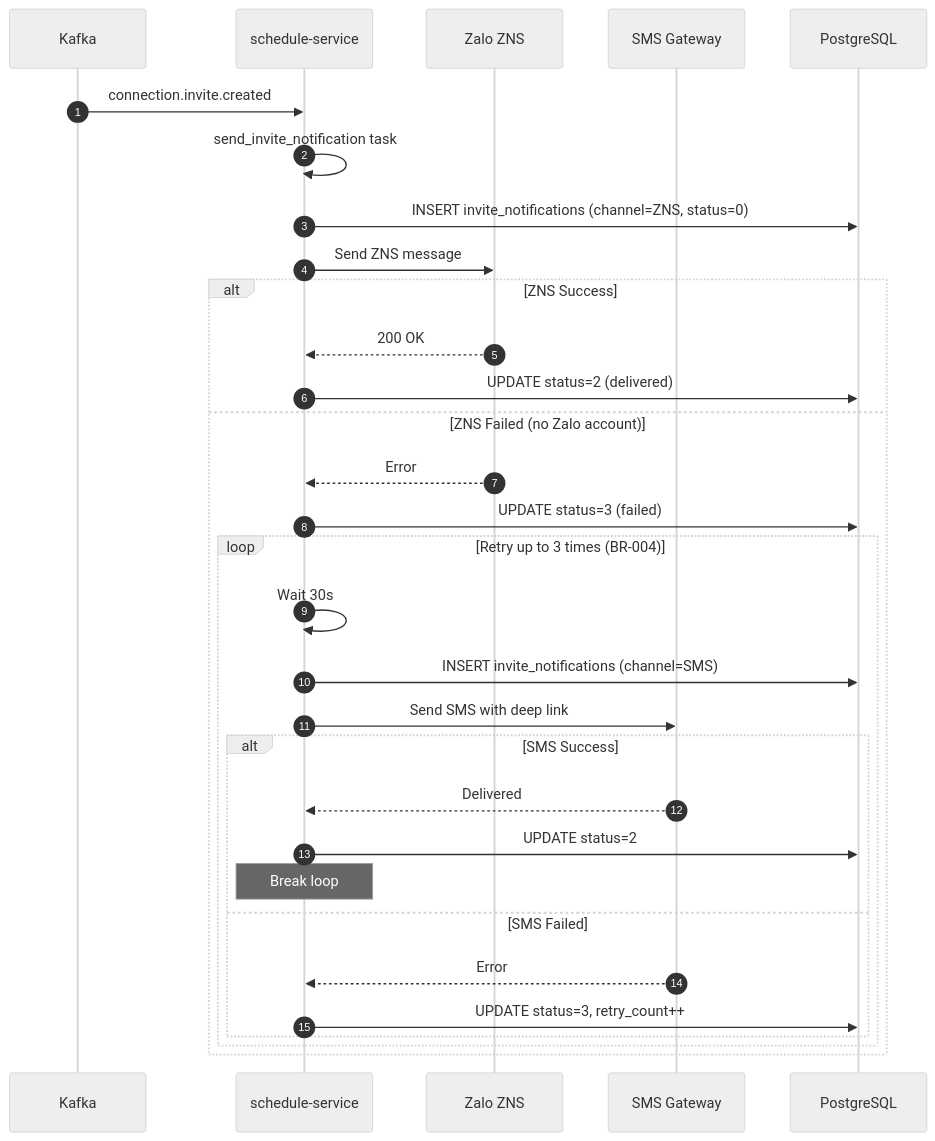
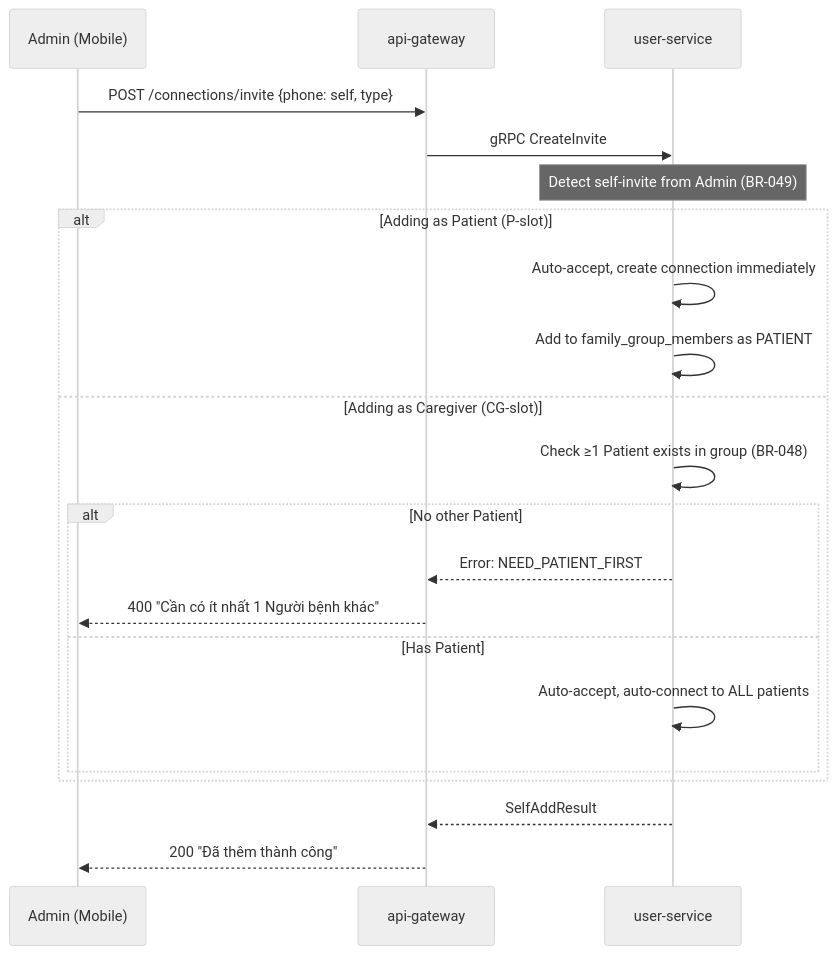
One commit to huynv-osp/kolia-huynv-local changed the eighth of 12 diagrams in nguoi_than/features/ket_noi_nguoi_than/02_planning/sequence-diagram.md. Above: the diagram before and after it, drawn with Mermaid (neutral theme). The commit also changed other lines of this file and 30 other files, not shown here.

````diff
--- a/nguoi_than/features/ket_noi_nguoi_than/02_planning/sequence-diagram.md
+++ b/nguoi_than/features/ket_noi_nguoi_than/02_planning/sequence-diagram.md
@@ -322,39 +234,27 @@
 ```mermaid
 sequenceDiagram
-    autonumber
-    participant Kafka as Kafka
-    participant SCH as schedule-service
-    participant ZNS as Zalo ZNS
-    participant SMS as SMS Gateway
-    participant DB as PostgreSQL
+    participant A as Admin (Mobile)
+    participant GW as api-gateway
+    participant US as user-service
 
-    Kafka->>SCH: connection.invite.created
-    SCH->>SCH: send_invite_notification task
+    A->>GW: POST /connections/invite {phone: self, type}
+    GW->>US: gRPC CreateInvite
     
-    SCH->>DB: INSERT invite_notifications (channel=ZNS, status=0)
+    Note over US: Detect self-invite from Admin (BR-049)
     
-    SCH->>ZNS: Send ZNS message
-    
-    alt ZNS Success
-        ZNS-->>SCH: 200 OK
-        SCH->>DB: UPDATE status=2 (delivered)
-    else ZNS Failed (no Zalo account)
-        ZNS-->>SCH: Error
-        SCH->>DB: UPDATE status=3 (failed)
-        
-        loop Retry up to 3 times (BR-004)
-            SCH->>SCH: Wait 30s
-            SCH->>DB: INSERT invite_notifications (channel=SMS)
-            SCH->>SMS: Send SMS with deep link
-            
-            alt SMS Success
-                SMS-->>SCH: Delivered
-                SCH->>DB: UPDATE status=2
-                Note over SCH: Break loop
-            else SMS Failed
-                SMS-->>SCH: Error
-                SCH->>DB: UPDATE status=3, retry_count++
-            end
+    alt Adding as Patient (P-slot)
+        US->>US: Auto-accept, create connection immediately
+        US->>US: Add to family_group_members as PATIENT
+    else Adding as Caregiver (CG-slot)
+        US->>US: Check ≥1 Patient exists in group (BR-048)
+        alt No other Patient
+            US-->>GW: Error: NEED_PATIENT_FIRST
+            GW-->>A: 400 "Cần có ít nhất 1 Người bệnh khác"
+        else Has Patient
+            US->>US: Auto-accept, auto-connect to ALL patients
         end
     end
+    
+    US-->>GW: SelfAddResult
+    GW-->>A: 200 "Đã thêm thành công"
 ```
````
